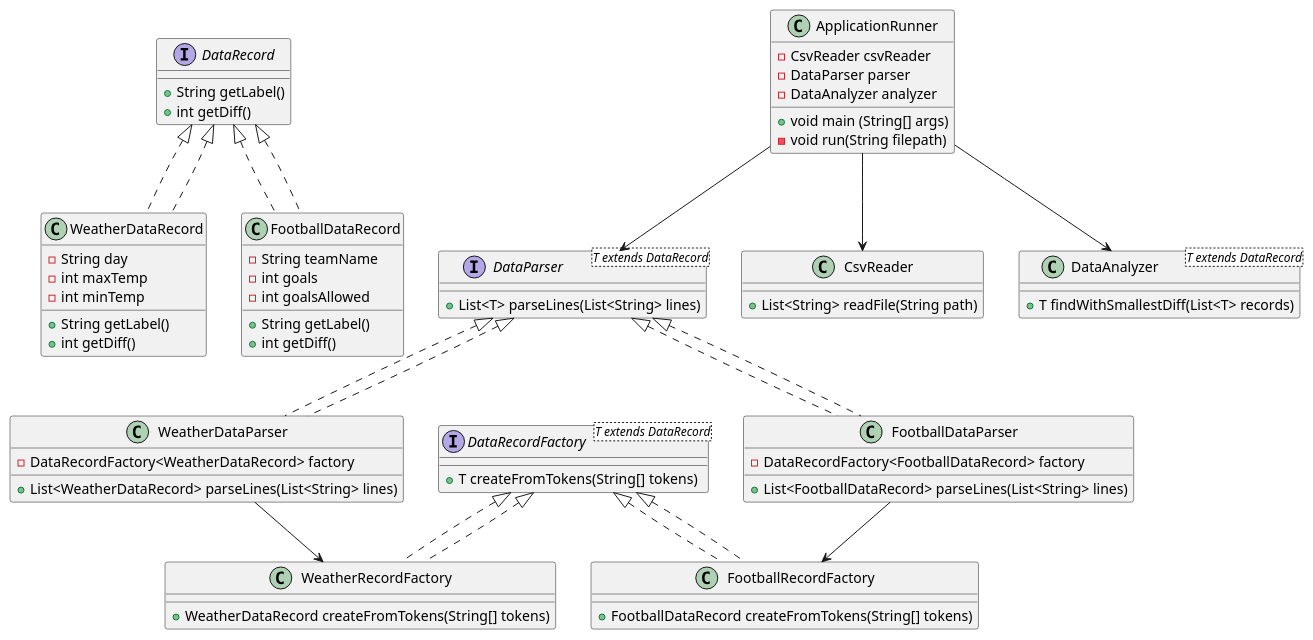
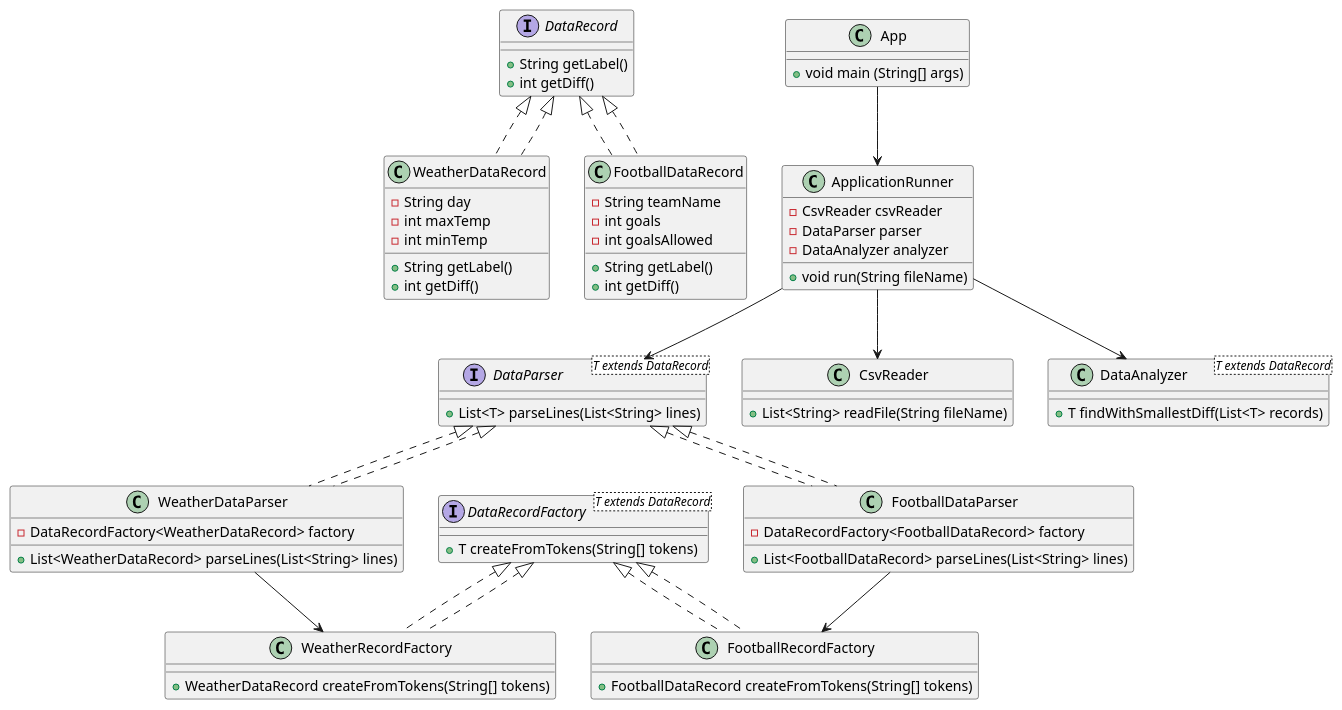
One commit to Marcey1611/eXXcellent-programming-challenge changed the diagram in docu/uml/class-diagram.puml. Above: the diagram before and after it, drawn with PlantUML. The commit also changed 6 other files, not shown here.

Commit message:
Finished weather program - refactored CsvReader and adjust CsvReaderTest - Implemented ApplicationRunner - Adjust App for the weather program - Updated class-diagram and sequence-diagram

```diff
--- a/docu/uml/class-diagram.puml
+++ b/docu/uml/class-diagram.puml
@@ -1,82 +1,87 @@
 @startuml
 
 interface DataRecord {
     + String getLabel()
     + int getDiff()
 }
 
 interface DataParser<T extends DataRecord> {
     + List<T> parseLines(List<String> lines)
 }
 
 interface DataRecordFactory<T extends DataRecord> {
     + T createFromTokens(String[] tokens)
 }
 
 class CsvReader {
-    + List<String> readFile(String path)
+    + List<String> readFile(String fileName)
 }
 
 class DataAnalyzer<T extends DataRecord> {
     + T findWithSmallestDiff(List<T> records)
 }
 
+class App {
+    + void main (String[] args)
+}
+
 class ApplicationRunner {
     - CsvReader csvReader
     - DataParser parser
     - DataAnalyzer analyzer
-    + void main (String[] args)
-    - void run(String filepath)
+    + void run(String fileName)
 }
 
 class WeatherDataRecord implements DataRecord {
     - String day
     - int maxTemp
     - int minTemp
     + String getLabel()
     + int getDiff()
 }
 
 class WeatherDataParser implements DataParser<WeatherDataRecord> {
     - DataRecordFactory<WeatherDataRecord> factory
     + List<WeatherDataRecord> parseLines(List<String> lines)
 }
 
 class FootballDataRecord implements DataRecord {
     - String teamName
     - int goals
     - int goalsAllowed
     + String getLabel()
     + int getDiff()
 }
 
 class FootballDataParser implements DataParser<FootballDataRecord> {
     - DataRecordFactory<FootballDataRecord> factory
     + List<FootballDataRecord> parseLines(List<String> lines)
 }
 
 class WeatherRecordFactory implements DataRecordFactory<WeatherDataRecord> {
     + WeatherDataRecord createFromTokens(String[] tokens)
 }
 
 class FootballRecordFactory implements DataRecordFactory<FootballDataRecord> {
     + FootballDataRecord createFromTokens(String[] tokens)
 }
 
 DataRecord <|.. WeatherDataRecord
 DataRecord <|.. FootballDataRecord
 
 DataParser <|.. WeatherDataParser
 DataParser <|.. FootballDataParser
 
 DataRecordFactory <|.. WeatherRecordFactory
 DataRecordFactory <|.. FootballRecordFactory
 
 WeatherDataParser --> WeatherRecordFactory
 FootballDataParser --> FootballRecordFactory
 
 ApplicationRunner --> CsvReader
 ApplicationRunner --> DataParser
 ApplicationRunner --> DataAnalyzer
 
+App --> ApplicationRunner
+
 @enduml
```
